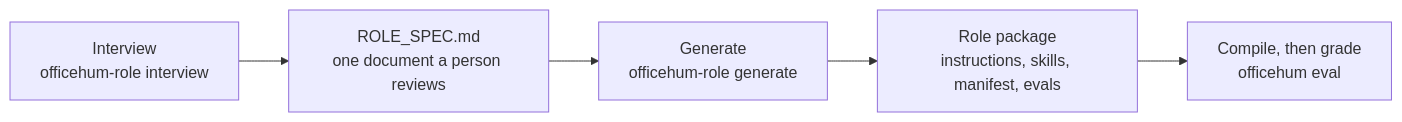
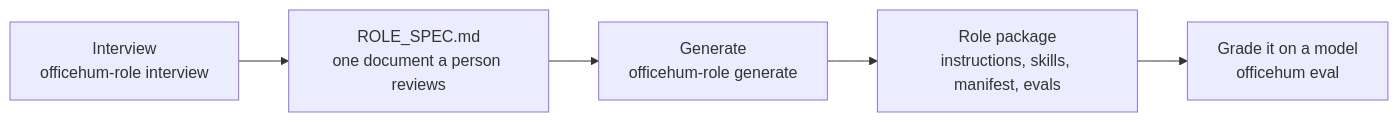
One commit to officehum/officehum changed the diagram in README.md. Above: the diagram before and after it, drawn with Mermaid. The commit also changed other lines of this file and 20 other files, not shown here.

````diff
--- a/README.md
+++ b/README.md
@@ -197,7 +197,7 @@
 ```mermaid
 flowchart LR
   A["Interview<br/>officehum-role interview"] --> B["ROLE_SPEC.md<br/>one document a person reviews"]
   B --> C["Generate<br/>officehum-role generate"]
   C --> D["Role package<br/>instructions, skills, manifest, evals"]
-  D --> E["Compile, then grade<br/>officehum eval"]
+  D --> E["Grade it on a model<br/>officehum eval"]
 ```
````
